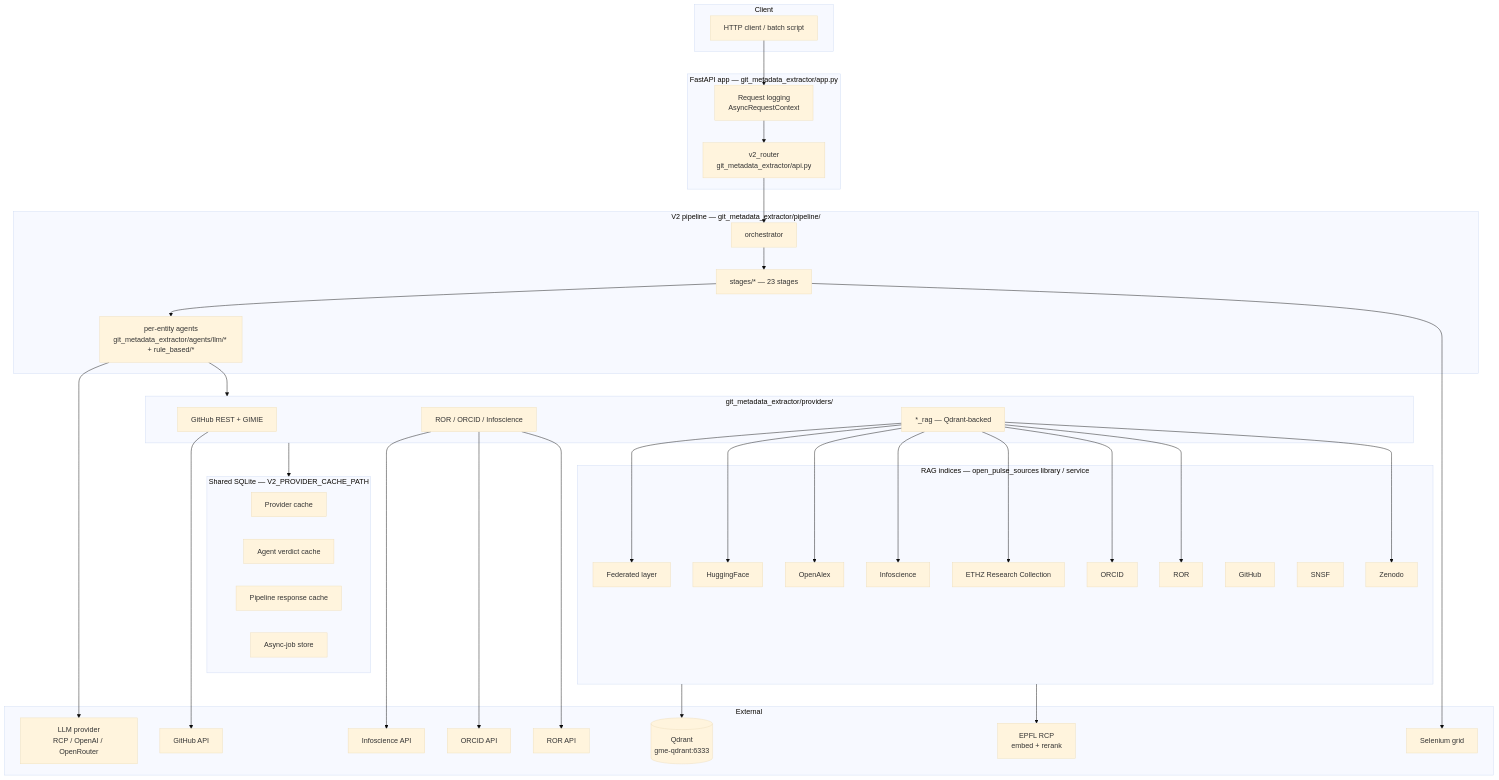
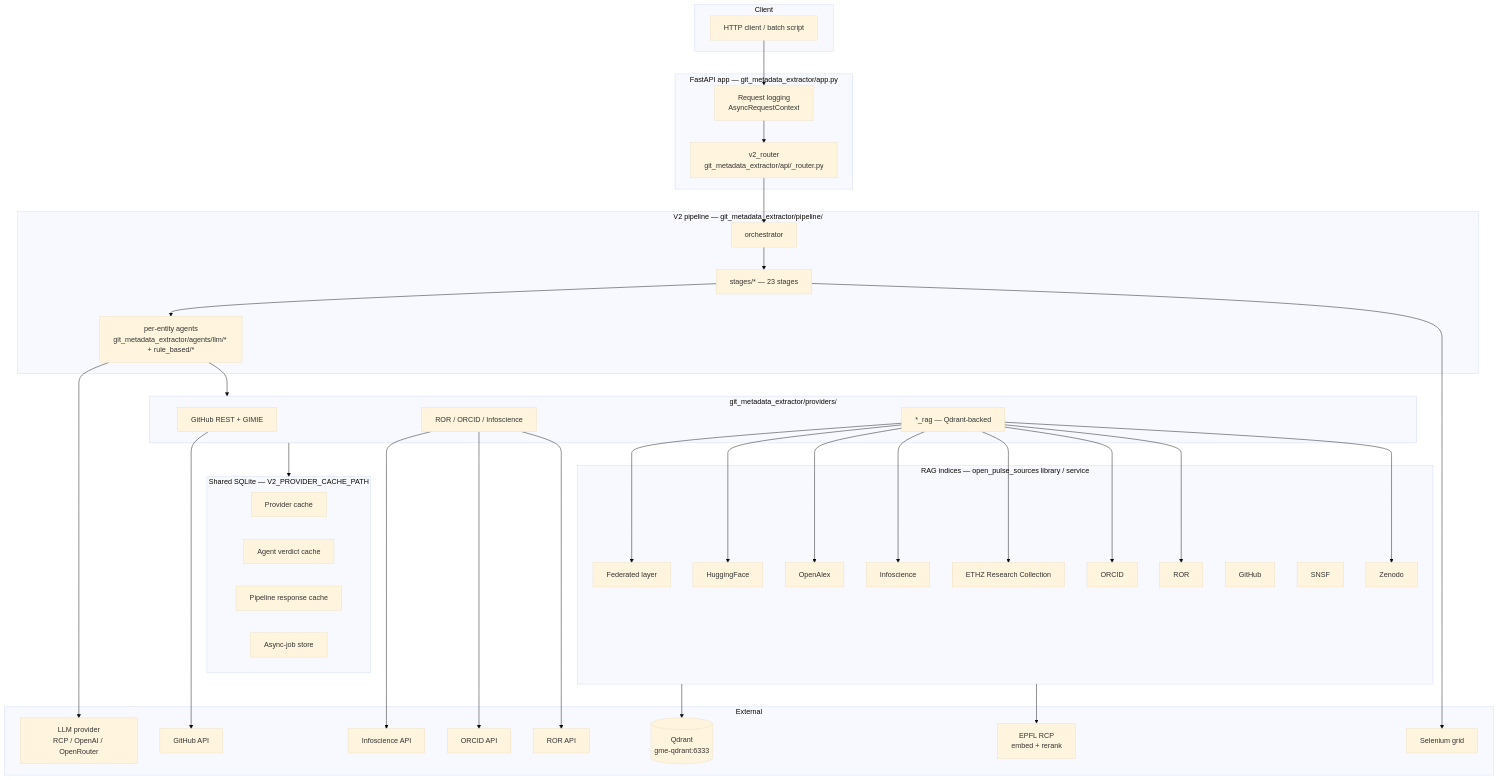
Before and after one commit to Imaging-Plaza/git-metadata-extractor: the first of 3 diagrams in docs/architecture/design-notes.md, drawn with Mermaid (base theme). The commit also changed 37 other files, not shown here.

````diff
--- a/docs/architecture/design-notes.md
+++ b/docs/architecture/design-notes.md
@@ -7,77 +7,77 @@
 ```mermaid
 flowchart TB
     subgraph Client
         C1[HTTP client / batch script]
     end
 
     subgraph API[FastAPI app — git_metadata_extractor/app.py]
-        A1[v2_router<br/>git_metadata_extractor/api.py]
+        A1[v2_router<br/>git_metadata_extractor/api/_router.py]
         A2[Request logging<br/>AsyncRequestContext]
     end
 
     subgraph Pipeline[V2 pipeline — git_metadata_extractor/pipeline/]
         P0[orchestrator]
         P1[stages/* — 23 stages]
         P2[per-entity agents<br/>git_metadata_extractor/agents/llm/* + rule_based/*]
     end
 
     subgraph Caches[Shared SQLite — V2_PROVIDER_CACHE_PATH]
         K1[Provider cache]
         K2[Agent verdict cache]
         K3[Pipeline response cache]
         K4[Async-job store]
     end
 
     subgraph Providers[git_metadata_extractor/providers/]
         PG[GitHub REST + GIMIE]
         PR[ROR / ORCID / Infoscience]
         PRAG[*_rag — Qdrant-backed]
     end
 
     subgraph RAG[RAG indices — open_pulse_sources library / service]
         RH[HuggingFace]
         ROA[OpenAlex]
         RI[Infoscience]
         RE[ETHZ Research Collection]
         RO[ORCID]
         RR[ROR]
         RZ[Zenodo]
         RG[GitHub]
         RS[SNSF]
         RFED[Federated layer]
     end
 
     subgraph External
         GH[GitHub API]
         IS[Infoscience API]
         ORID[ORCID API]
         ROR[ROR API]
         SEL[Selenium grid]
         LLM[LLM provider<br/>RCP / OpenAI / OpenRouter]
         QD[(Qdrant<br/>gme-qdrant:6333)]
         RCP[EPFL RCP<br/>embed + rerank]
     end
 
     C1 --> A2 --> A1
     A1 --> P0
     P0 --> P1
     P1 --> P2
     P2 --> Providers
     Providers --> Caches
     PG --> GH
     PR --> IS
     PR --> ORID
     PR --> ROR
     PRAG --> RFED
     PRAG --> RH
     PRAG --> ROA
     PRAG --> RI
     PRAG --> RE
     PRAG --> RO
     PRAG --> RR
     PRAG --> RZ
     RAG --> QD
     RAG --> RCP
     P1 --> SEL
     P2 --> LLM
 ```
````
